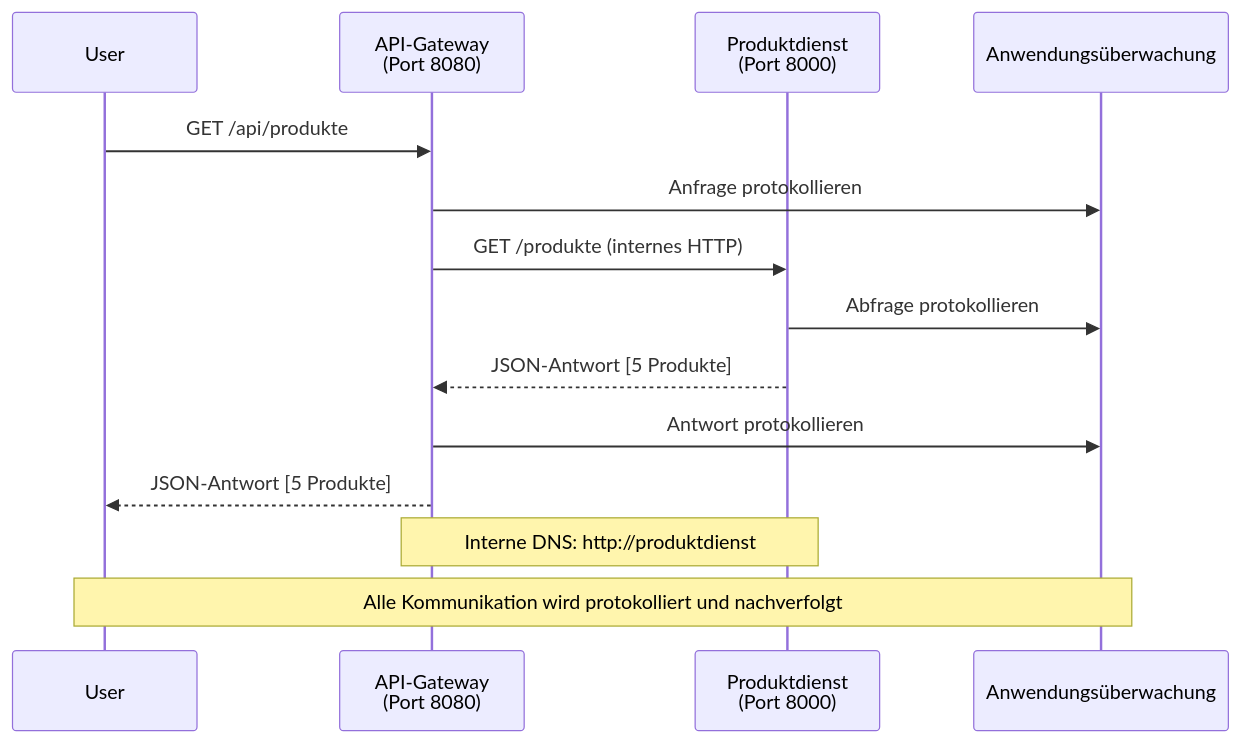
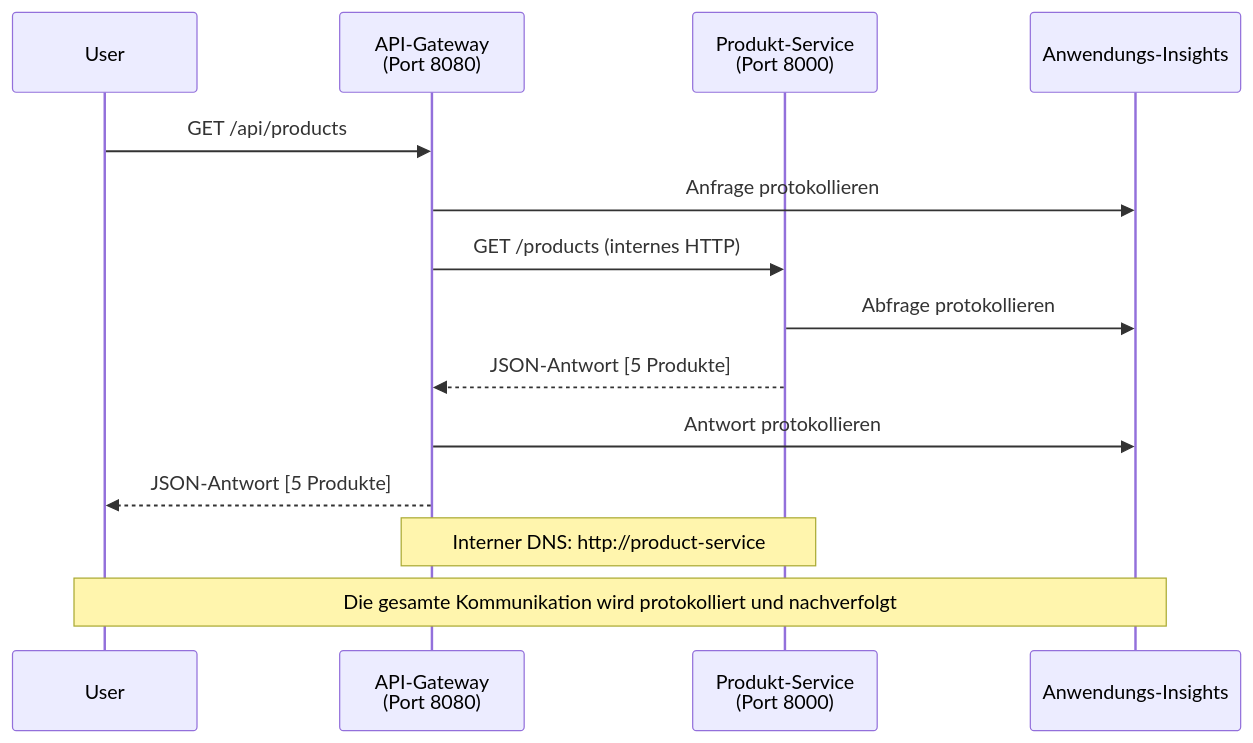
One commit to microsoft/AZD-for-beginners changed the fourth of 4 diagrams in translations/de/examples/microservices/README.md. Above: the diagram before and after it, drawn with Mermaid. The commit also changed other lines of this file and 242 other files, not shown here.

````diff
--- a/translations/de/examples/microservices/README.md
+++ b/translations/de/examples/microservices/README.md
@@ -432,18 +423,18 @@
 ```mermaid
 sequenceDiagram
     participant User
     participant Gateway as API-Gateway<br/>(Port 8080)
-    participant Product as Produktdienst<br/>(Port 8000)
-    participant AI as Anwendungsüberwachung
+    participant Product as Produkt-Service<br/>(Port 8000)
+    participant AI as Anwendungs-Insights
     
-    User->>Gateway: GET /api/produkte
+    User->>Gateway: GET /api/products
     Gateway->>AI: Anfrage protokollieren
-    Gateway->>Product: GET /produkte (internes HTTP)
+    Gateway->>Product: GET /products (internes HTTP)
     Product->>AI: Abfrage protokollieren
     Product-->>Gateway: JSON-Antwort [5 Produkte]
     Gateway->>AI: Antwort protokollieren
     Gateway-->>User: JSON-Antwort [5 Produkte]
     
-    Note over Gateway,Product: Interne DNS: http://produktdienst
-    Note over User,AI: Alle Kommunikation wird protokolliert und nachverfolgt
+    Note over Gateway,Product: Interner DNS: http://product-service
+    Note over User,AI: Die gesamte Kommunikation wird protokolliert und nachverfolgt
 ```
````
